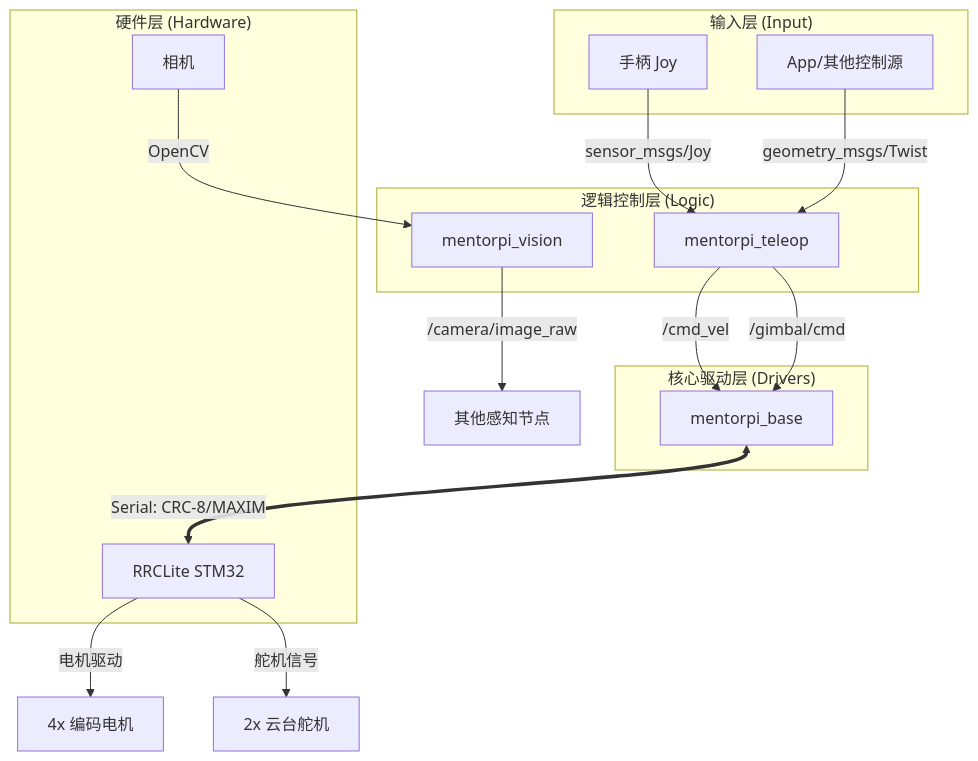
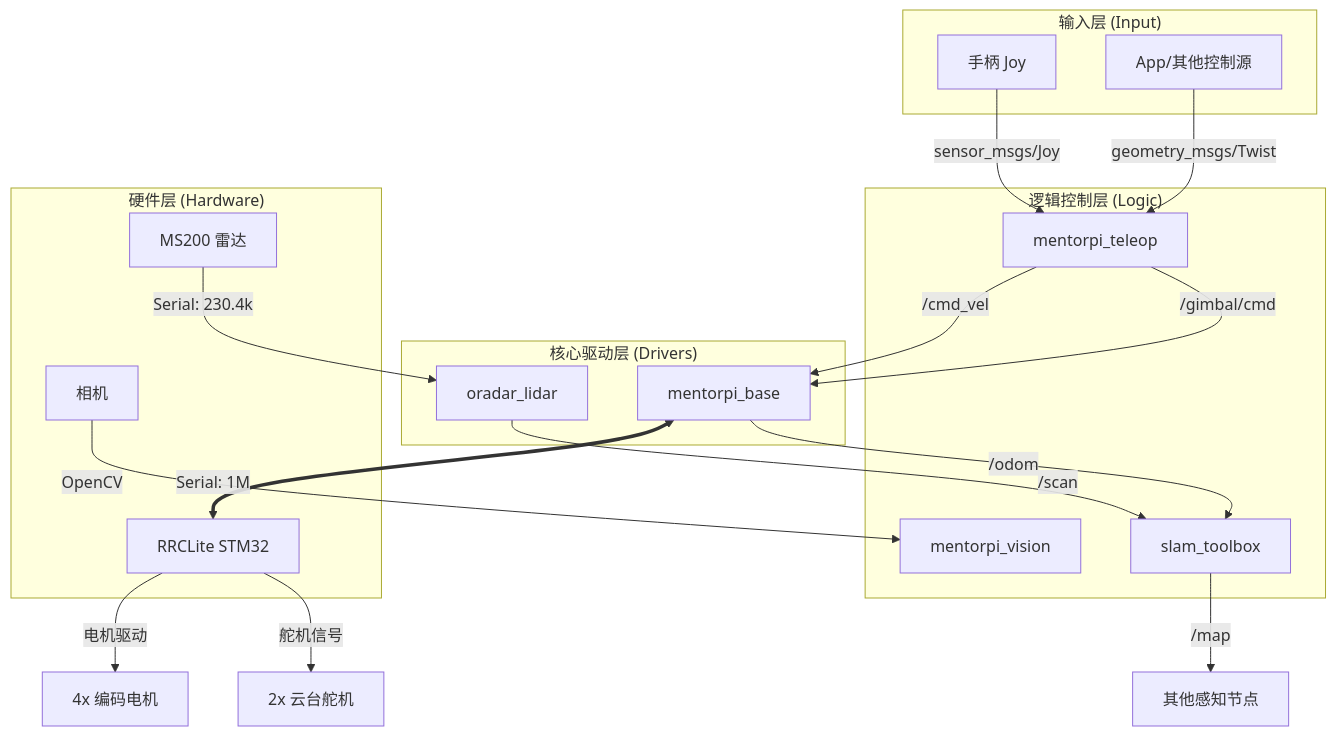
One commit to CreaV/MentorPi changed the diagram in README.md. Above: the diagram before and after it, drawn with Mermaid. The commit also changed other lines of this file and 1 other file, not shown here.

Commit message:
docs: update README for lidar, SLAM mapping, and depth camera support

````diff
--- a/README.md
+++ b/README.md
@@ -13,31 +13,37 @@
 ```mermaid
 graph TD
     subgraph "输入层 (Input)"
         Joy[手柄 Joy]
         App[App/其他控制源]
     end
 
     subgraph "逻辑控制层 (Logic)"
         Teleop[mentorpi_teleop]
         Vision[mentorpi_vision]
+        SLAM[slam_toolbox]
     end
 
     subgraph "核心驱动层 (Drivers)"
         Base[mentorpi_base]
+        Lidar[oradar_lidar]
     end
 
     subgraph "硬件层 (Hardware)"
         RRCLite[RRCLite STM32]
         Cam[相机]
+        MS200[MS200 雷达]
     end
 
     Joy -->|sensor_msgs/Joy| Teleop
     App -->|geometry_msgs/Twist| Teleop
     Teleop -->|/cmd_vel| Base
     Teleop -->|/gimbal/cmd| Base
-    Base <==>|Serial: CRC-8/MAXIM| RRCLite
+    Base <==>|Serial: 1M| RRCLite
     RRCLite -->|电机驱动| Motors[4x 编码电机]
     RRCLite -->|舵机信号| Servos[2x 云台舵机]
     Cam -->|OpenCV| Vision
-    Vision -->|/camera/image_raw| ROS_System[其他感知节点]
+    MS200 -->|Serial: 230.4k| Lidar
+    Lidar -->|/scan| SLAM
+    Base -->|/odom| SLAM
+    SLAM -->|/map| ROS_System[其他感知节点]
 ```
````
